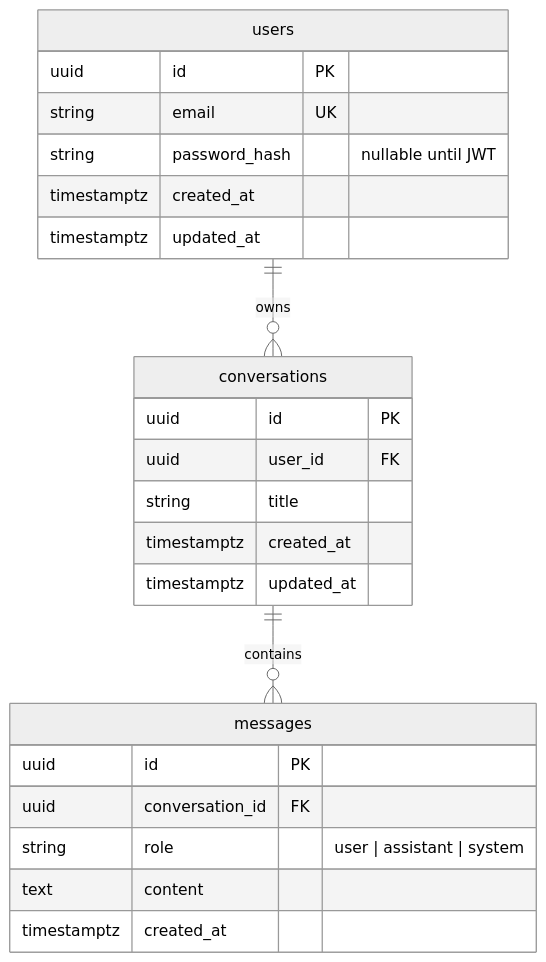
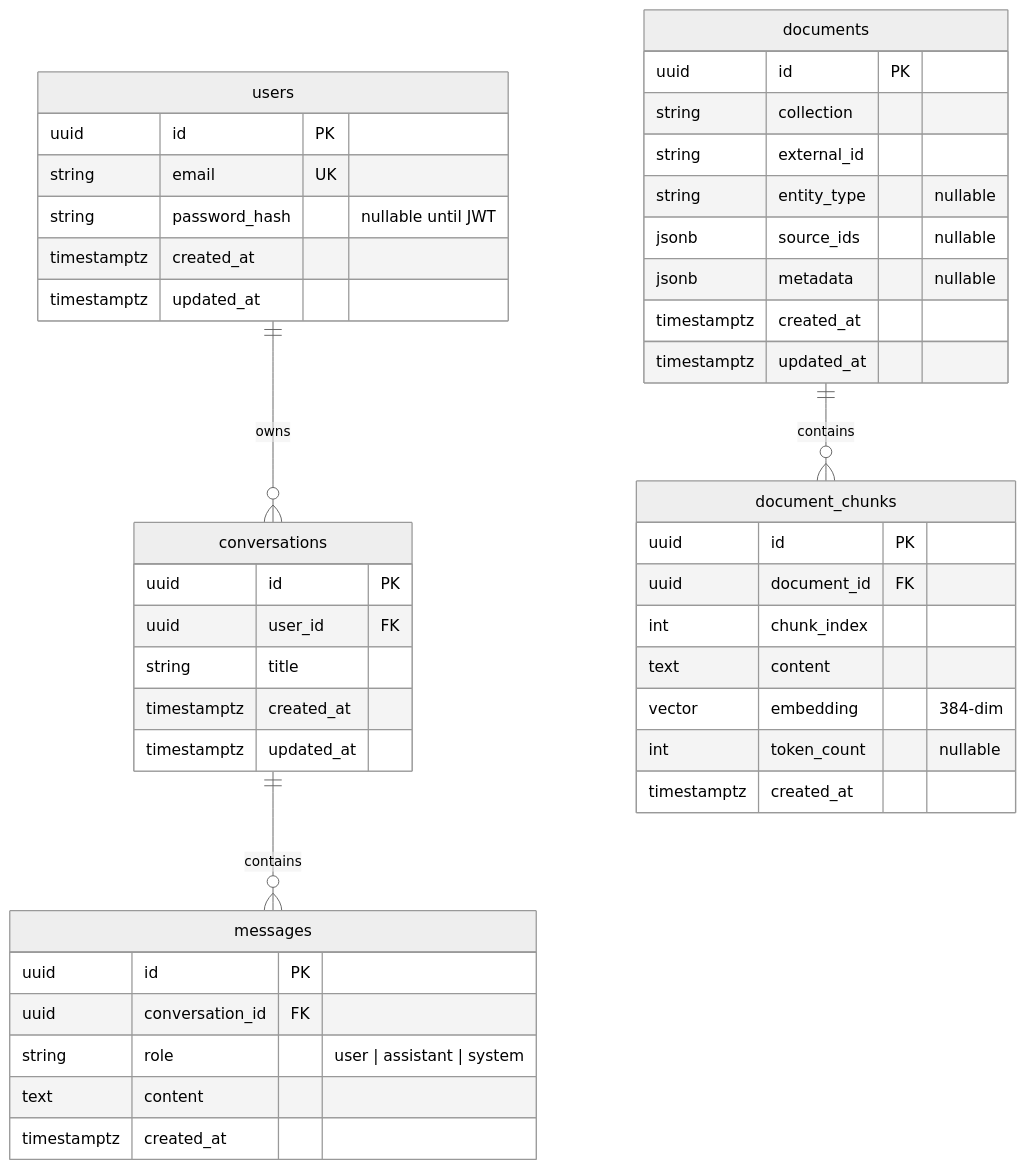
One commit to JoeSmile/memoryOS changed the diagram in docs/database.md. Above: the diagram before and after it, drawn with Mermaid (neutral theme). The commit also changed other lines of this file and 1 other file, not shown here.

First line of the commit message:
docs(db): ep04-rag task 1.3 document RAG tables in database.md

````diff
--- a/docs/database.md
+++ b/docs/database.md
@@ -13,29 +12,51 @@
 ```mermaid
 erDiagram
     users ||--o{ conversations : owns
     conversations ||--o{ messages : contains
+    documents ||--o{ document_chunks : contains
 
     users {
         uuid id PK
         string email UK
         string password_hash "nullable until JWT"
         timestamptz created_at
         timestamptz updated_at
     }
 
     conversations {
         uuid id PK
         uuid user_id FK
         string title
         timestamptz created_at
         timestamptz updated_at
     }
 
     messages {
         uuid id PK
         uuid conversation_id FK
         string role "user | assistant | system"
         text content
         timestamptz created_at
     }
+
+    documents {
+        uuid id PK
+        string collection
+        string external_id
+        string entity_type "nullable"
+        jsonb source_ids "nullable"
+        jsonb metadata "nullable"
+        timestamptz created_at
+        timestamptz updated_at
+    }
+
+    document_chunks {
+        uuid id PK
+        uuid document_id FK
+        int chunk_index
+        text content
+        vector embedding "384-dim"
+        int token_count "nullable"
+        timestamptz created_at
+    }
 ```
````
